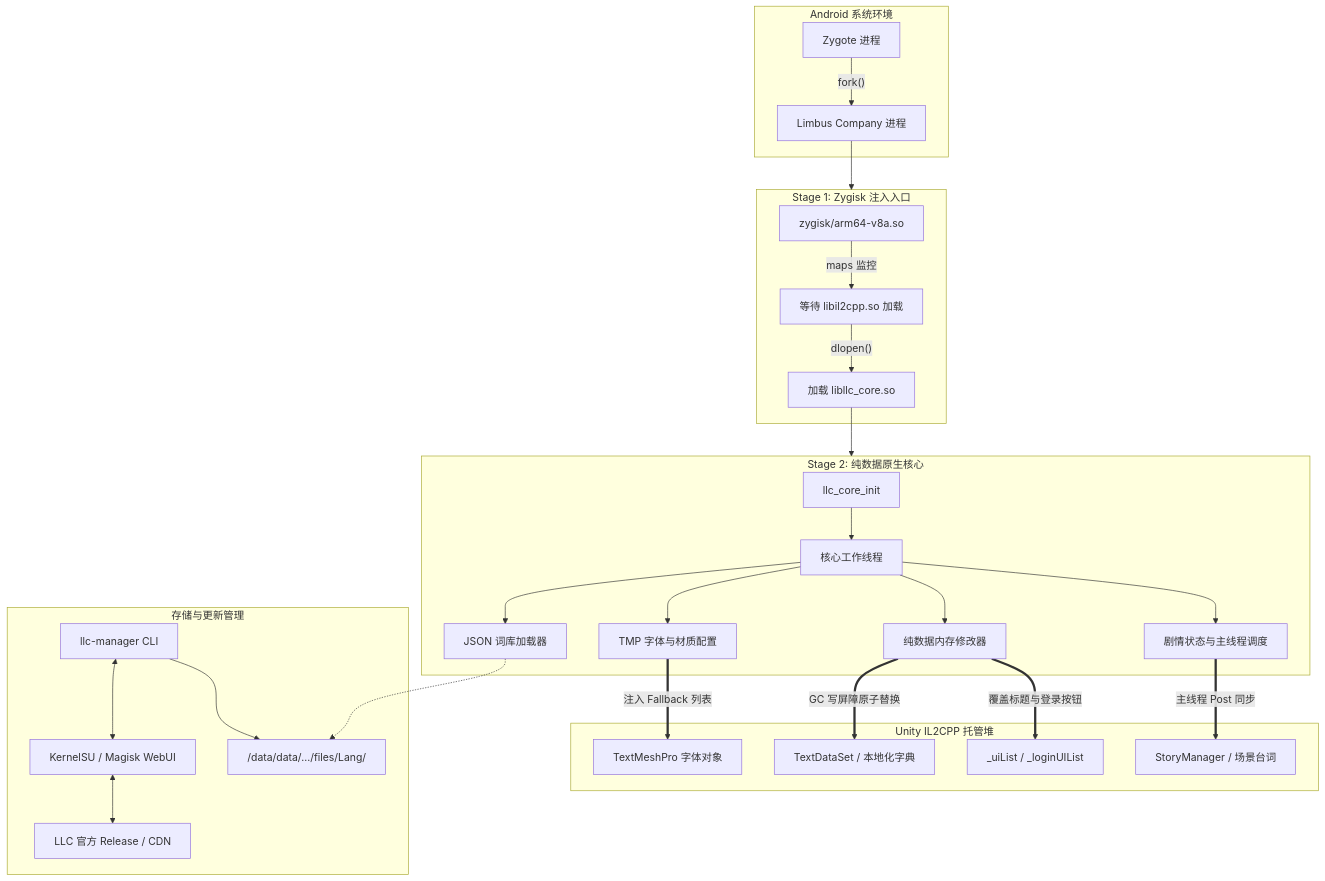
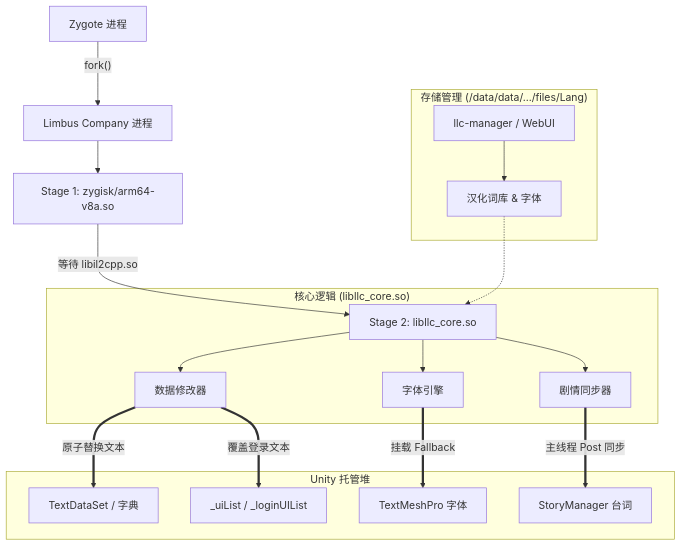
Before and after one commit to Linoleic/LLC-Zygisk-Localizer: the diagram in README.md, drawn with Mermaid. The commit also changed other lines of this file and 1 other file, not shown here.

````diff
--- a/README.md
+++ b/README.md
@@ -55,40 +26,24 @@
 ```mermaid
 flowchart TD
-    subgraph System["Android 系统环境"]
-        Zygote["Zygote 进程"] -->|"fork()"| App["Limbus Company 进程"]
+    Zygote["Zygote 进程"] -->|"fork()"| App["Limbus Company 进程"]
+    App --> Stage1["Stage 1: zygisk/arm64-v8a.so"]
+    Stage1 -->|"等待 libil2cpp.so"| Stage2["Stage 2: libllc_core.so"]
+
+    subgraph Core["核心逻辑 (libllc_core.so)"]
+        Stage2 --> Patcher["数据修改器"]
+        Stage2 --> FontEngine["字体引擎"]
+        Stage2 --> StoryEngine["剧情同步器"]
     end
 
-    subgraph Stage1["Stage 1: Zygisk 注入入口"]
-        Arm64["zygisk/arm64-v8a.so"] -->|"maps 监控"| WaitIl2cpp["等待 libil2cpp.so 加载"]
-        WaitIl2cpp -->|"dlopen()"| LoadStage2["加载 libllc_core.so"]
+    subgraph UnityHeap["Unity 托管堆"]
+        Patcher ==>|"原子替换文本"| TDS["TextDataSet / 字典"]
+        Patcher ==>|"覆盖登录文本"| UIList["_uiList / _loginUIList"]
+        FontEngine ==>|"挂载 Fallback"| Fonts["TextMeshPro 字体"]
+        StoryEngine ==>|"主线程 Post 同步"| Story["StoryManager 台词"]
     end
 
-    subgraph Stage2["Stage 2: 纯数据原生核心"]
-        CoreInit["llc_core_init"] --> Worker["核心工作线程"]
-        Worker --> JsonLoader["JSON 词库加载器"]
-        Worker --> FontEngine["TMP 字体与材质配置"]
-        Worker --> Patcher["纯数据内存修改器"]
-        Worker --> StoryEngine["剧情状态与主线程调度"]
+    subgraph Storage["存储管理 (/data/data/.../files/Lang)"]
+        Manager["llc-manager / WebUI"] --> LocalPacks["汉化词库 & 字体"]
+        LocalPacks -.-> Stage2
     end
-
-    subgraph GameHeap["Unity IL2CPP 托管堆"]
-        TDS["TextDataSet / 本地化字典"]
-        Fonts["TextMeshPro 字体对象"]
-        UIList["_uiList / _loginUIList"]
-        Story["StoryManager / 场景台词"]
-    end
-
-    subgraph Storage["存储与更新管理"]
-        Manager["llc-manager CLI"] <--> WebUI["KernelSU / Magisk WebUI"]
-        WebUI <--> Remote["LLC 官方 Release / CDN"]
-        Manager --> LocalPacks["/data/data/.../files/Lang/"]
-    end
-
-    App --> Stage1
-    LoadStage2 --> Stage2
-    JsonLoader -.-> LocalPacks
-    Patcher ==>|"GC 写屏障原子替换"| TDS
-    Patcher ==>|"覆盖标题与登录按钮"| UIList
-    FontEngine ==>|"注入 Fallback 列表"| Fonts
-    StoryEngine ==>|"主线程 Post 同步"| Story
 ```
````
